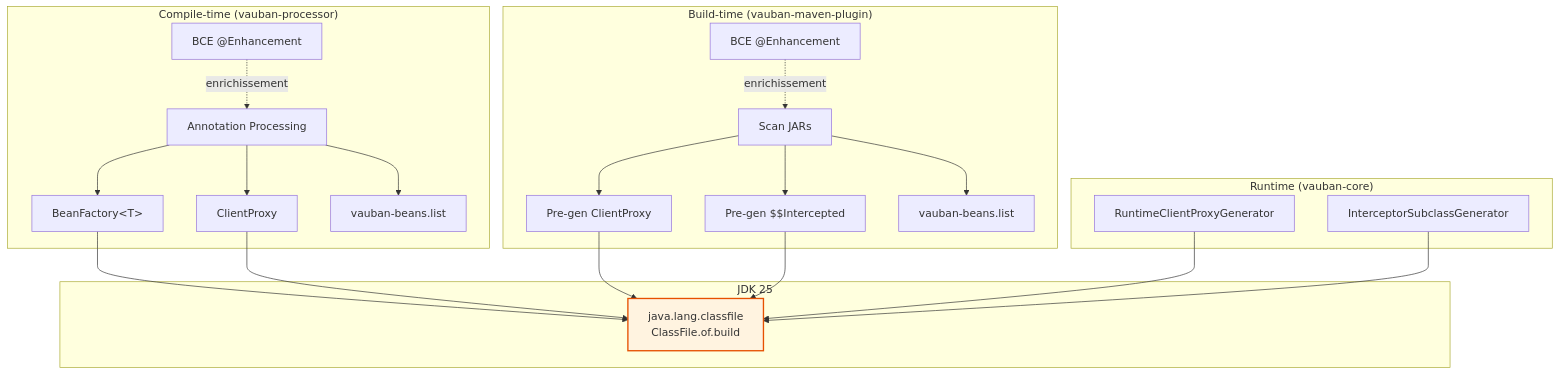
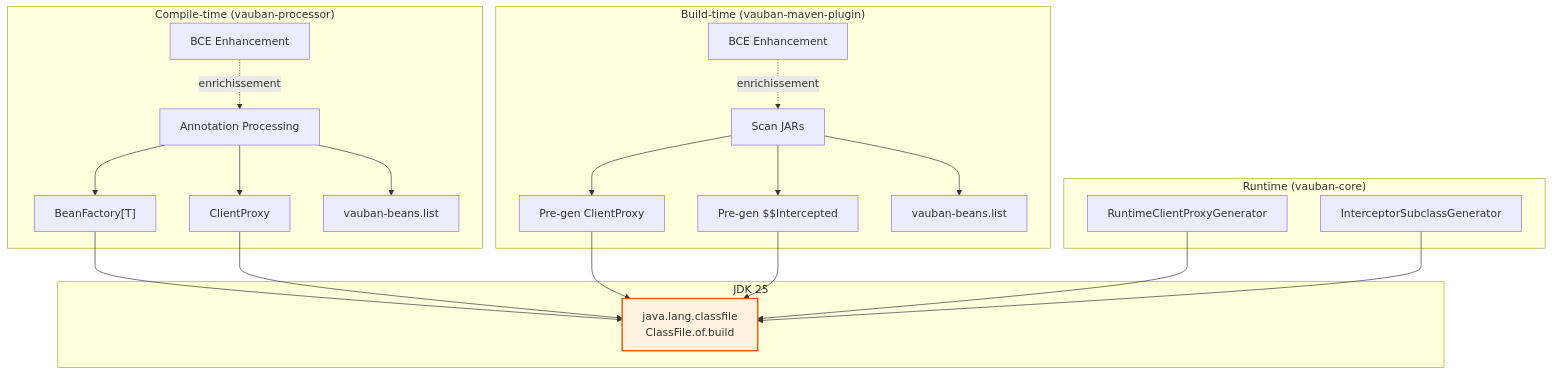
Before and after one commit to vidocq-stack/vauban: diagram 17 of 18 in docs/architecture.md, drawn with Mermaid. The commit also changed other lines of this file, not shown here.

````diff
--- a/docs/architecture.md
+++ b/docs/architecture.md
@@ -469,34 +691,34 @@
 ```mermaid
 flowchart TD
     subgraph "Compile-time (vauban-processor)"
-        APT[Annotation Processing] --> EF[BeanFactory&lt;T&gt;]
+        APT[Annotation Processing] --> EF["BeanFactory[T]"]
         APT --> CP[ClientProxy]
         APT --> LIST_APT[vauban-beans.list]
-        BCE_APT[BCE @Enhancement] -.->|enrichissement| APT
+        BCE_APT["BCE Enhancement"] -.->|enrichissement| APT
     end
 
     subgraph "Build-time (vauban-maven-plugin)"
         SCAN[Scan JARs] --> PRE_CP[Pre-gen ClientProxy]
         SCAN --> PRE_INT[Pre-gen $$Intercepted]
         SCAN --> LIST[vauban-beans.list]
-        BCE_MV[BCE @Enhancement] -.->|enrichissement| SCAN
+        BCE_MV["BCE Enhancement"] -.->|enrichissement| SCAN
     end
 
     subgraph "Runtime (vauban-core)"
         RT_CP[RuntimeClientProxyGenerator]
         RT_INT[InterceptorSubclassGenerator]
     end
 
     subgraph "JDK 25"
         CF[java.lang.classfile<br/>ClassFile.of.build]
     end
 
     EF --> CF
     CP --> CF
     PRE_CP --> CF
     PRE_INT --> CF
     RT_CP --> CF
     RT_INT --> CF
 
     style CF fill:#fff3e0,stroke:#e65100,stroke-width:2px
 ```
````
